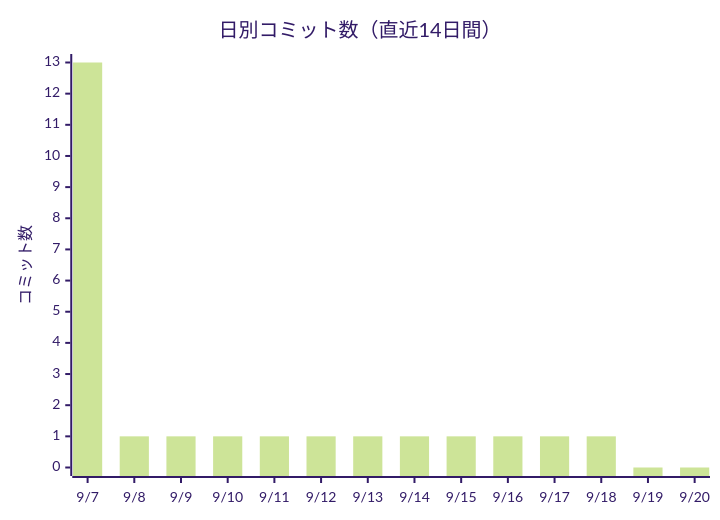
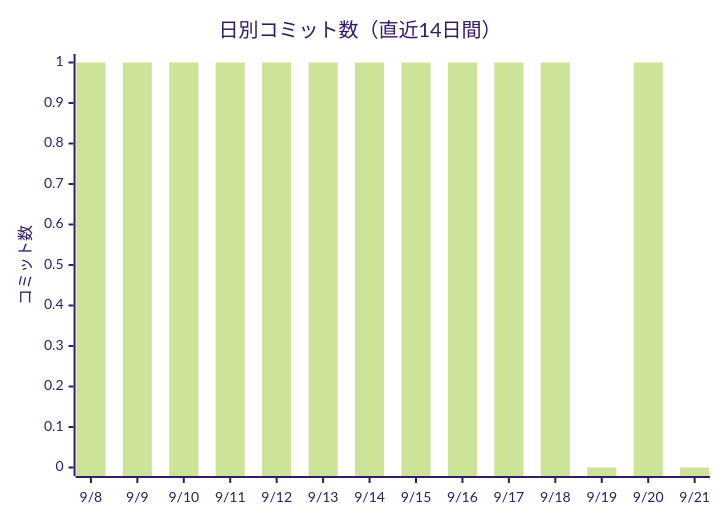
The first of 2 diagrams in docs/進化レポート.md (non-x2/non-x2), drawn with Mermaid (forest theme) before and after one commit. The commit also changed other lines of this file and 2 other files, not shown here.

First line of the commit message:
🧹 候補の掘り起こし：地図のズレ1件（docsの目次）を発見して直した

````diff
--- a/docs/進化レポート.md
+++ b/docs/進化レポート.md
@@ -23,7 +23,7 @@
 ```mermaid
 xychart-beta
     title "日別コミット数（直近14日間）"
-    x-axis ["9/7", "9/8", "9/9", "9/10", "9/11", "9/12", "9/13", "9/14", "9/15", "9/16", "9/17", "9/18", "9/19", "9/20"]
+    x-axis ["9/8", "9/9", "9/10", "9/11", "9/12", "9/13", "9/14", "9/15", "9/16", "9/17", "9/18", "9/19", "9/20", "9/21"]
     y-axis "コミット数"
-    bar [13, 1, 1, 1, 1, 1, 1, 1, 1, 1, 1, 1, 0, 0]
+    bar [1, 1, 1, 1, 1, 1, 1, 1, 1, 1, 1, 0, 1, 0]
 ```
````
